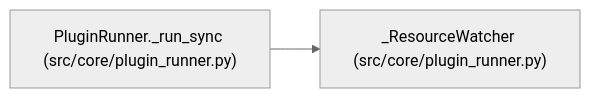
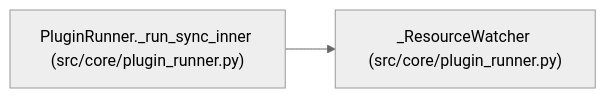
The diagram in docs/llm_wiki/entities/ResourceWatcher.md (Denissvgn/autoresearch-agent), drawn with Mermaid (neutral theme) before and after one commit. The commit also changed other lines of this file and 35 other files, not shown here.

````diff
--- a/docs/llm_wiki/entities/ResourceWatcher.md
+++ b/docs/llm_wiki/entities/ResourceWatcher.md
@@ -34,8 +34,8 @@
 ```mermaid
 flowchart LR
     n0["_ResourceWatcher (src/core/plugin_runner.py)"]
-    n1["PluginRunner._run_sync (src/core/plugin_runner.py)"]
+    n1["PluginRunner._run_sync_inner (src/core/plugin_runner.py)"]
     n1 --> n0
     click n0 "../modules/plugin_runner.md"
     click n1 "../modules/plugin_runner.md"
 ```
````
